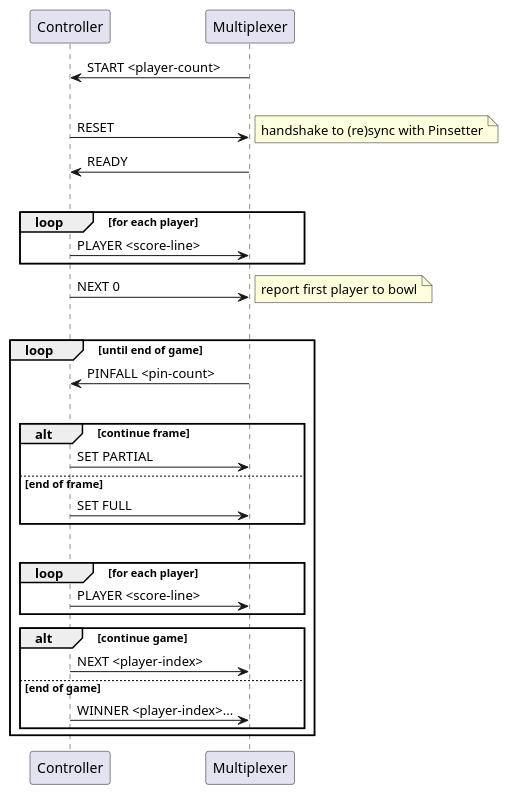
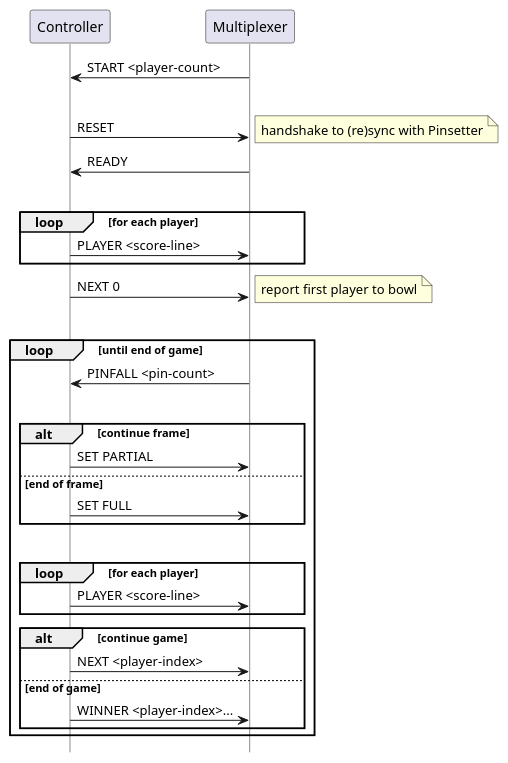
One commit to java-to-kotlin/kotlin-tdd-workshop changed the fifth of 5 diagrams in docs/03-architecture.md. Above: the diagram before and after it, drawn with PlantUML. The commit also changed other lines of this file, not shown here.

````diff
--- a/docs/03-architecture.md
+++ b/docs/03-architecture.md
@@ -172,47 +177,50 @@
 ```plantuml
 @startuml
+hide footbox
+skinparam lifelineStrategy nosolid
+
 participant Controller
 participant Multiplexer
 
 Multiplexer -> Controller : START <player-count>
 
 |||
 
 Controller -> Multiplexer : RESET
 note right: handshake to (re)sync with Pinsetter
 Controller <- Multiplexer : READY
 
 |||
 
 loop for each player
     Multiplexer <- Controller : PLAYER <score-line>
 end
 Multiplexer <- Controller : NEXT 0
 note right: report first player to bowl
 
 |||
 
 loop until end of game
     Controller <- Multiplexer : PINFALL <pin-count>
     
     |||
     
     alt continue frame
         Controller -> Multiplexer : SET PARTIAL
     else end of frame
         Controller -> Multiplexer : SET FULL
     end
     
     |||
     
     loop for each player
         Multiplexer <- Controller : PLAYER <score-line>
     end
     alt continue game
         Multiplexer <- Controller : NEXT <player-index>
     else end of game
         Multiplexer <- Controller : WINNER <player-index>...
     end
 end
 @enduml
 ```
````
